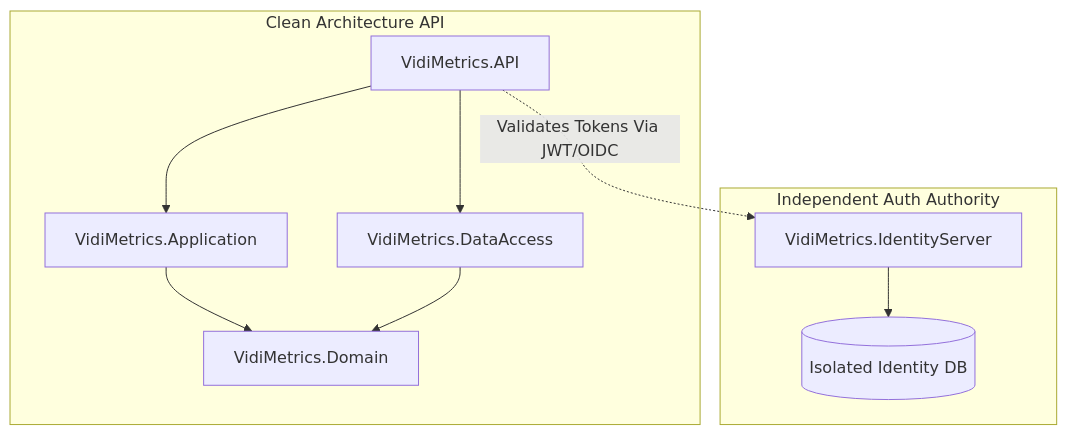
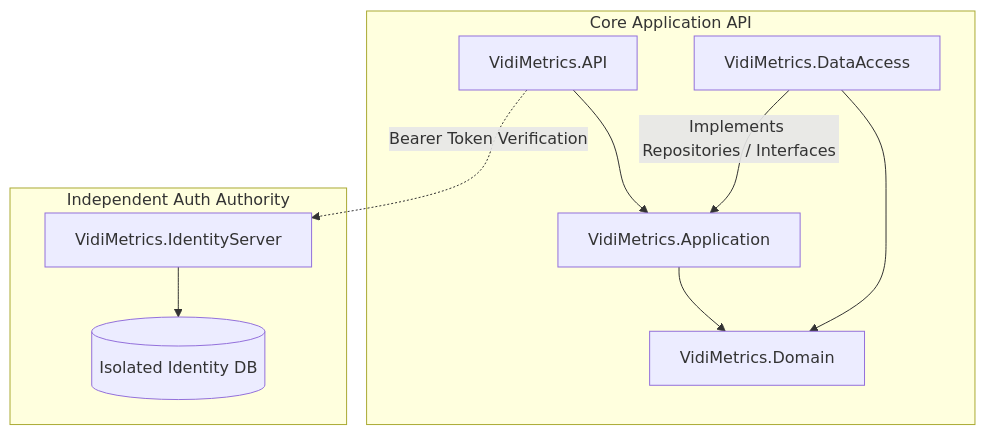
One commit to AhmedFadel17/VidiMetrics.AI changed the diagram in AGENT.md. Above: the diagram before and after it, drawn with Mermaid.

````diff
--- a/AGENT.md
+++ b/AGENT.md
@@ -17,16 +17,16 @@
 ```mermaid
 graph TD
-    subgraph Core Application Ecosystem [Clean Architecture API]
+    subgraph API_Ecosystem [Core Application API]
         API[VidiMetrics.API] --> Application[VidiMetrics.Application]
         Application --> Domain[VidiMetrics.Domain]
         DataAccess[VidiMetrics.DataAccess] --> Domain
-        API --> DataAccess
+        DataAccess -->|Implements Repositories / Interfaces| Application
     end
 
-    subgraph Security Layer [Independent Auth Authority]
+    subgraph Security_Ecosystem [Independent Auth Authority]
         IdentityServer[VidiMetrics.IdentityServer] --> IdentityDB[(Isolated Identity DB)]
     end
 
-    %% Communication Flow
-    API -.->|Validates Tokens Via JWT/OIDC| IdentityServer
+    %% Runtime Token Validation
+    API -.->|Bearer Token Verification| IdentityServer
 ```
````
